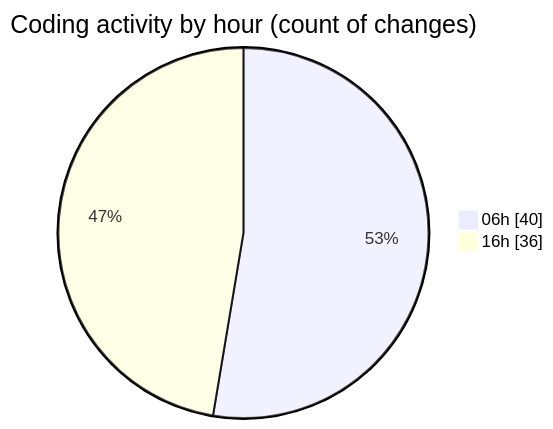
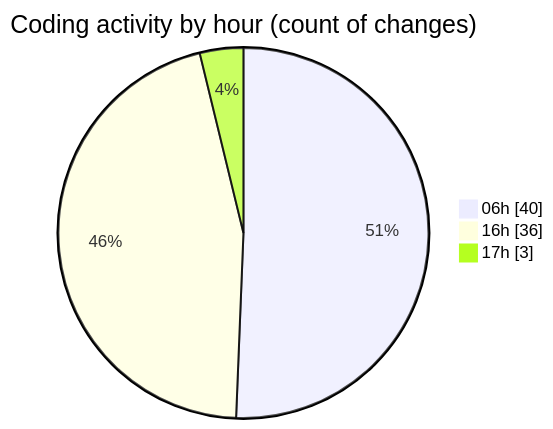
Before and after one commit to charlie-sans/code-tracking: the second of 2 diagrams in 2025-02-25/micros/README.md, drawn with Mermaid. The commit also changed other lines of this file and 1 other file, not shown here.

````diff
--- a/2025-02-25/micros/README.md
+++ b/2025-02-25/micros/README.md
@@ -50,6 +54,7 @@
 ```mermaid
 pie showData
 title Coding activity by hour (count of changes)
 "06h" : 40
 "16h" : 36
+"17h" : 3
 ```
````
